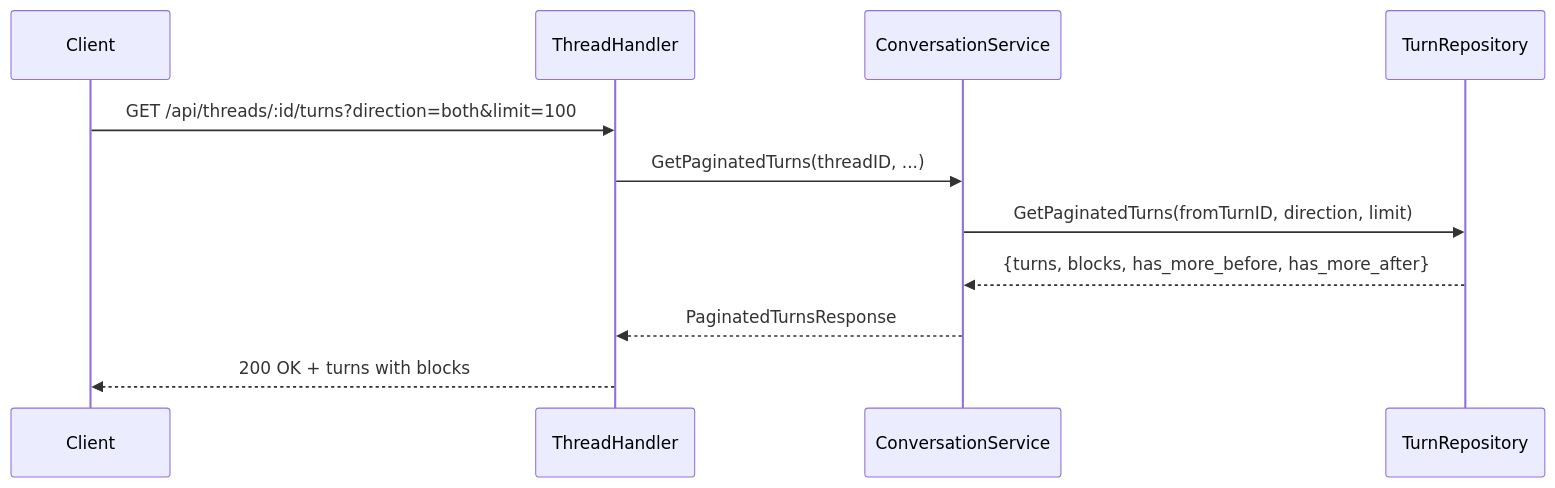
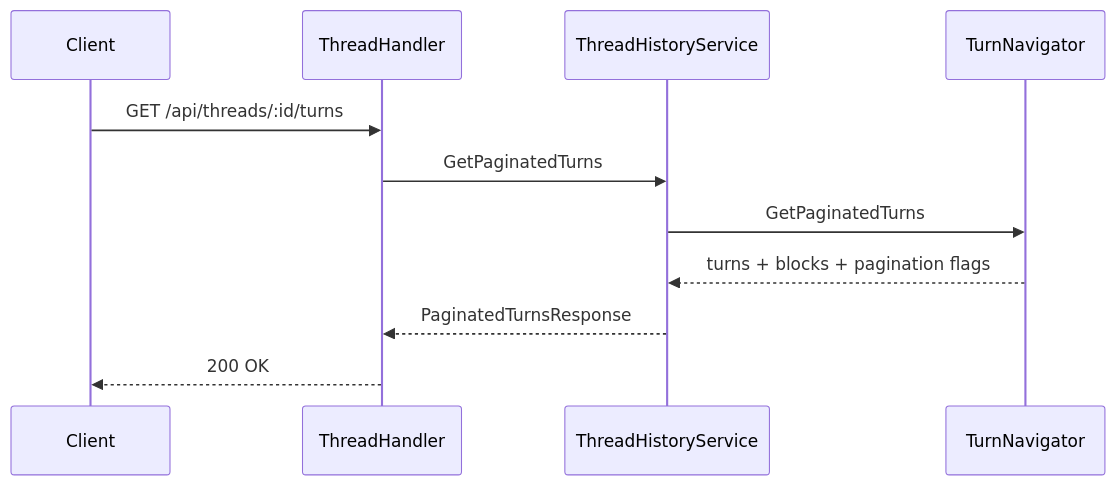
Before and after one commit to haowjy/meridian-flow: the third of 3 diagrams in _docs/technical/backend/architecture/service-layer.md, drawn with Mermaid. The commit also changed other lines of this file and 62 other files, not shown here.

````diff
--- a/_docs/technical/backend/architecture/service-layer.md
+++ b/_docs/technical/backend/architecture/service-layer.md
@@ -177,16 +87,14 @@
 ```mermaid
 sequenceDiagram
     participant Client
     participant Handler as ThreadHandler
-    participant Convo as ConversationService
-    participant Turn as TurnRepository
+    participant History as ThreadHistoryService
+    participant TurnNav as TurnNavigator
 
-    Client->>Handler: GET /api/threads/:id/turns?direction=both&limit=100
-    Handler->>Convo: GetPaginatedTurns(threadID, ...)
-
-    Convo->>Turn: GetPaginatedTurns(fromTurnID, direction, limit)
-    Turn-->>Convo: {turns, blocks, has_more_before, has_more_after}
-
-    Convo-->>Handler: PaginatedTurnsResponse
-    Handler-->>Client: 200 OK + turns with blocks
+    Client->>Handler: GET /api/threads/:id/turns
+    Handler->>History: GetPaginatedTurns
+    History->>TurnNav: GetPaginatedTurns
+    TurnNav-->>History: turns + blocks + pagination flags
+    History-->>Handler: PaginatedTurnsResponse
+    Handler-->>Client: 200 OK
 ```
````
